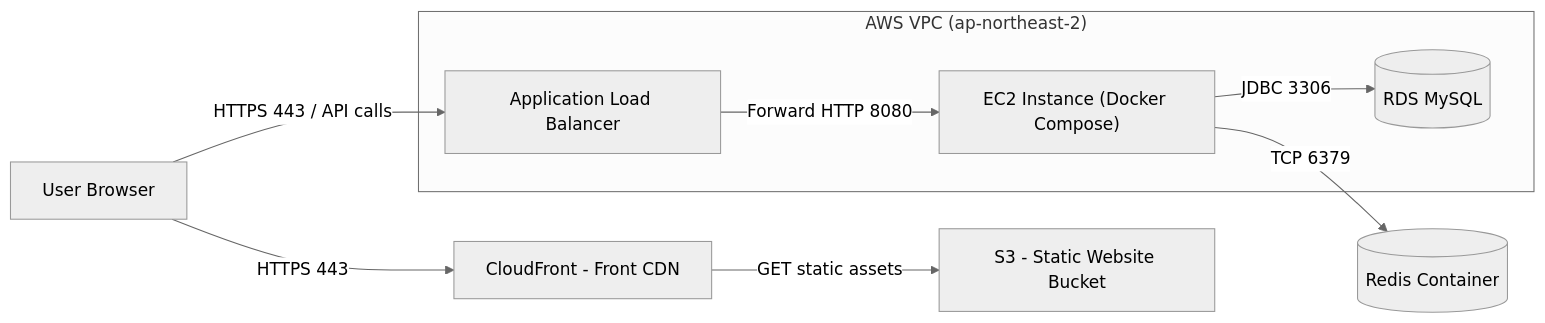
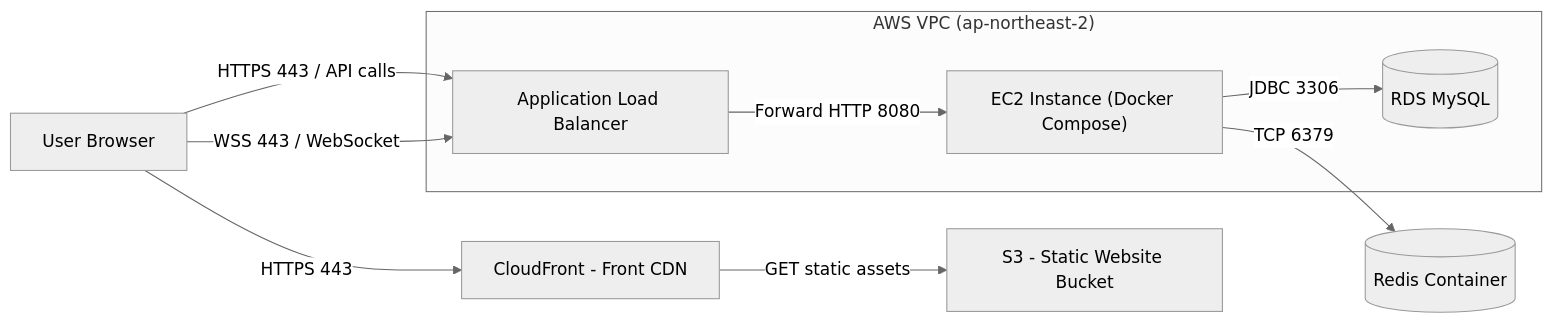
Before and after one commit to cherry-market/cherry-architecture: the first of 3 diagrams in architecture/system-overview.md, drawn with Mermaid (neutral theme). The commit also changed other lines of this file and 3 other files, not shown here.

First line of the commit message:
docs: Phase 6 채팅 인프라 반영 — 시스템 다이어그램, ERD, 유스케이스 업데이트

````diff
--- a/architecture/system-overview.md
+++ b/architecture/system-overview.md
@@ -7,16 +7,17 @@
 ```mermaid
 flowchart LR
   U[User Browser] -->|HTTPS 443| CF[CloudFront - Front CDN]
   CF -->|GET static assets| S3[S3 - Static Website Bucket]
 
   U -->|HTTPS 443 / API calls| ALB[Application Load Balancer]
+  U -->|WSS 443 / WebSocket| ALB
   ALB -->|Forward HTTP 8080| EC2["EC2 Instance (Docker Compose)"]
   EC2 -->|JDBC 3306| RDS[(RDS MySQL)]
   EC2 -->|TCP 6379| Redis[(Redis Container)]
 
   subgraph VPC["AWS VPC (ap-northeast-2)"]
     ALB
     EC2
     RDS
   end
 ```
````
